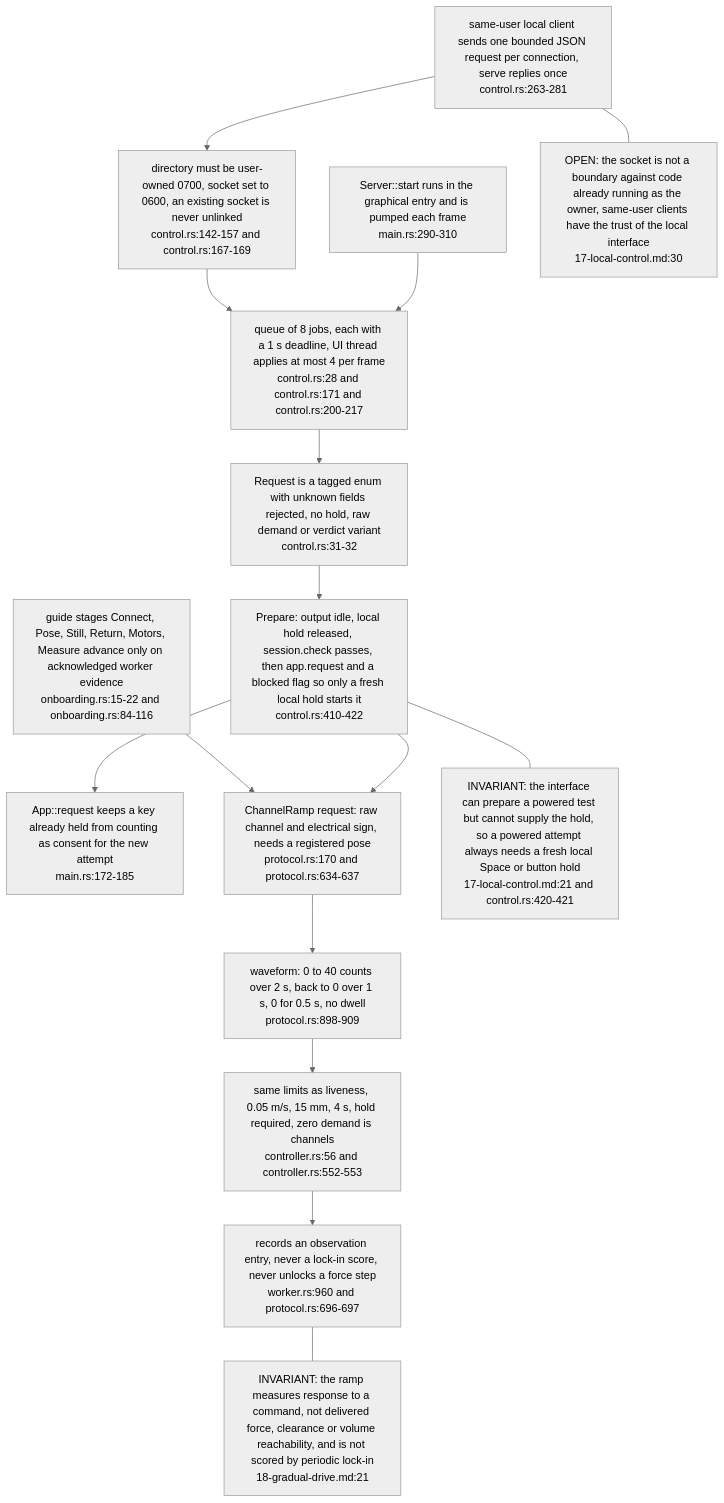
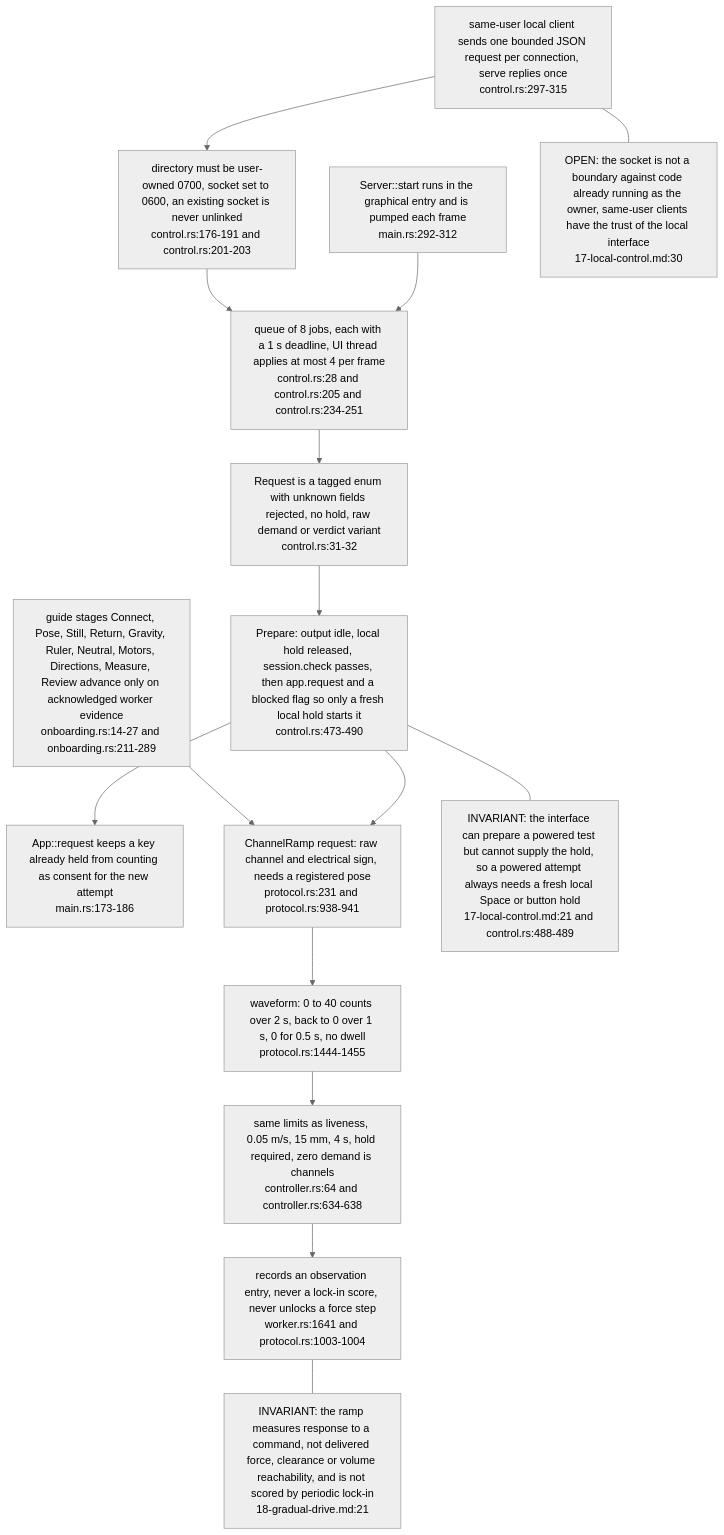
Before and after one commit to DreamLab-AI/VisionFlow: the seventh of 7 diagrams in docs/diagrams/visiontouch-rs/08-calibration-studio-and-verification-ladder.md, drawn with Mermaid (neutral theme). The commit also changed other lines of this file and 36 other files, not shown here.

First line of the commit message:
docs(diagrams): re-derive and re-stamp agentbox, dream-engine, visioncraft, visiontouch and vowl topics; drop LAN addresses

````diff
--- a/docs/diagrams/visiontouch-rs/08-calibration-studio-and-verification-ladder.md
+++ b/docs/diagrams/visiontouch-rs/08-calibration-studio-and-verification-ladder.md
@@ -355,32 +356,32 @@
 ```mermaid
 flowchart TB
-    CL["same-user local client sends one bounded JSON request per connection, serve replies once<br/>control.rs:263-281"]
-    DIR["directory must be user-owned 0700, socket set to 0600, an existing socket is never unlinked<br/>control.rs:142-157 and control.rs:167-169"]
-    Q["queue of 8 jobs, each with a 1 s deadline, UI thread applies at most 4 per frame<br/>control.rs:28 and control.rs:171 and control.rs:200-217"]
+    CL["same-user local client sends one bounded JSON request per connection, serve replies once<br/>control.rs:297-315"]
+    DIR["directory must be user-owned 0700, socket set to 0600, an existing socket is never unlinked<br/>control.rs:176-191 and control.rs:201-203"]
+    Q["queue of 8 jobs, each with a 1 s deadline, UI thread applies at most 4 per frame<br/>control.rs:28 and control.rs:205 and control.rs:234-251"]
     REQ["Request is a tagged enum with unknown fields rejected, no hold, raw demand or verdict variant<br/>control.rs:31-32"]
-    PREP["Prepare: output idle, local hold released, session.check passes, then app.request and a blocked flag so only a fresh local hold starts it<br/>control.rs:410-422"]
-    ARM["App::request keeps a key already held from counting as consent for the new attempt<br/>main.rs:172-185"]
-    GUIDE["guide stages Connect, Pose, Still, Return, Motors, Measure advance only on acknowledged worker evidence<br/>onboarding.rs:15-22 and onboarding.rs:84-116"]
-    RAMP["ChannelRamp request: raw channel and electrical sign, needs a registered pose<br/>protocol.rs:170 and protocol.rs:634-637"]
-    WAVE["waveform: 0 to 40 counts over 2 s, back to 0 over 1 s, 0 for 0.5 s, no dwell<br/>protocol.rs:898-909"]
-    LIM["same limits as liveness, 0.05 m/s, 15 mm, 4 s, hold required, zero demand is channels<br/>controller.rs:56 and controller.rs:552-553"]
-    REC["records an observation entry, never a lock-in score, never unlocks a force step<br/>worker.rs:960 and protocol.rs:696-697"]
-    SRV["Server::start runs in the graphical entry and is pumped each frame<br/>main.rs:290-310"]
+    PREP["Prepare: output idle, local hold released, session.check passes, then app.request and a blocked flag so only a fresh local hold starts it<br/>control.rs:473-490"]
+    ARM["App::request keeps a key already held from counting as consent for the new attempt<br/>main.rs:173-186"]
+    GUIDE["guide stages Connect, Pose, Still, Return, Gravity, Ruler, Neutral, Motors, Directions, Measure, Review advance only on acknowledged worker evidence<br/>onboarding.rs:14-27 and onboarding.rs:211-289"]
+    RAMP["ChannelRamp request: raw channel and electrical sign, needs a registered pose<br/>protocol.rs:231 and protocol.rs:938-941"]
+    WAVE["waveform: 0 to 40 counts over 2 s, back to 0 over 1 s, 0 for 0.5 s, no dwell<br/>protocol.rs:1444-1455"]
+    LIM["same limits as liveness, 0.05 m/s, 15 mm, 4 s, hold required, zero demand is channels<br/>controller.rs:64 and controller.rs:634-638"]
+    REC["records an observation entry, never a lock-in score, never unlocks a force step<br/>worker.rs:1641 and protocol.rs:1003-1004"]
+    SRV["Server::start runs in the graphical entry and is pumped each frame<br/>main.rs:292-312"]
     CL --> DIR
     DIR --> Q
     Q --> REQ
     REQ --> PREP
     PREP --> ARM
     SRV --> Q
     GUIDE --> RAMP
     PREP --> RAMP
     RAMP --> WAVE
     WAVE --> LIM
     LIM --> REC
-    N1["INVARIANT: the interface can prepare a powered test but cannot supply the hold, so a powered attempt always needs a fresh local Space or button hold<br/>17-local-control.md:21 and control.rs:420-421"]
+    N1["INVARIANT: the interface can prepare a powered test but cannot supply the hold, so a powered attempt always needs a fresh local Space or button hold<br/>17-local-control.md:21 and control.rs:488-489"]
     N2["OPEN: the socket is not a boundary against code already running as the owner, same-user clients have the trust of the local interface<br/>17-local-control.md:30"]
     N3["INVARIANT: the ramp measures response to a command, not delivered force, clearance or volume reachability, and is not scored by periodic lock-in<br/>18-gradual-drive.md:21"]
     PREP --- N1
     CL --- N2
     REC --- N3
 ```
````
